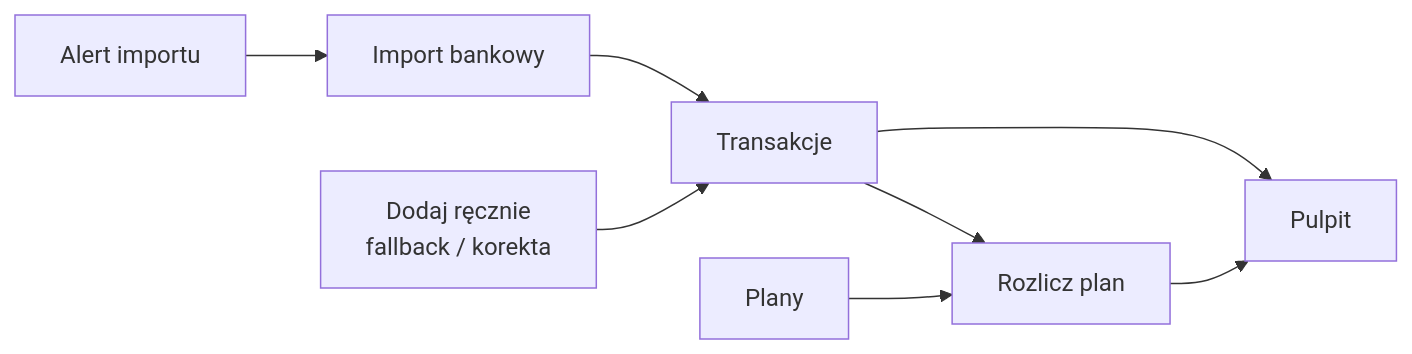
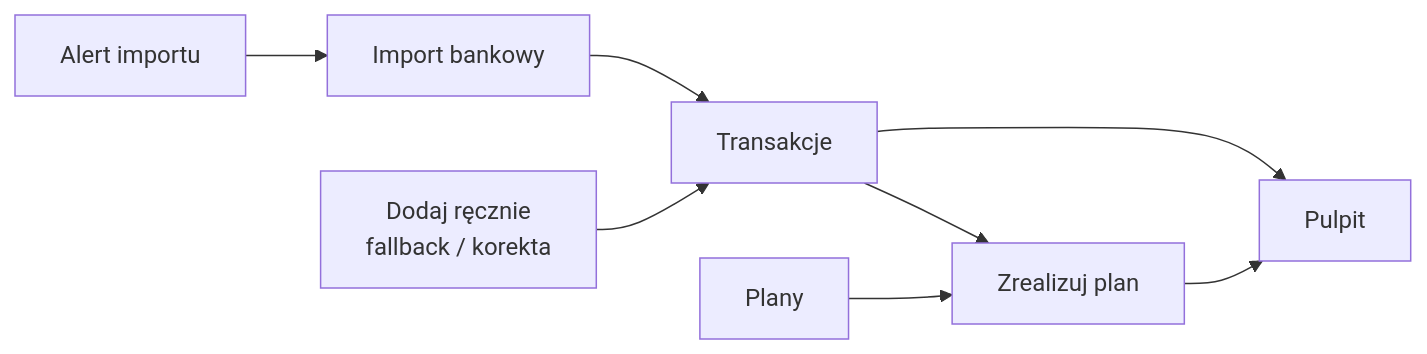
The first of 4 diagrams in docs/product/product-direction.md (adrianghub/portfelik), drawn with Mermaid before and after one commit. The commit also changed other lines of this file and 86 other files, not shown here.

````diff
--- a/docs/product/product-direction.md
+++ b/docs/product/product-direction.md
@@ -17,10 +17,10 @@
 ```mermaid
 flowchart LR
   Import[Import bankowy] --> Transactions[Transakcje]
   Manual[Dodaj ręcznie<br/>fallback / korekta] --> Transactions
   Alerts[Alert importu] --> Import
-  Transactions --> Settlement[Rozlicz plan]
+  Transactions --> Settlement[Zrealizuj plan]
   Plans[Plany] --> Settlement
   Transactions --> Dashboard[Pulpit]
   Settlement --> Dashboard
 ```
````
